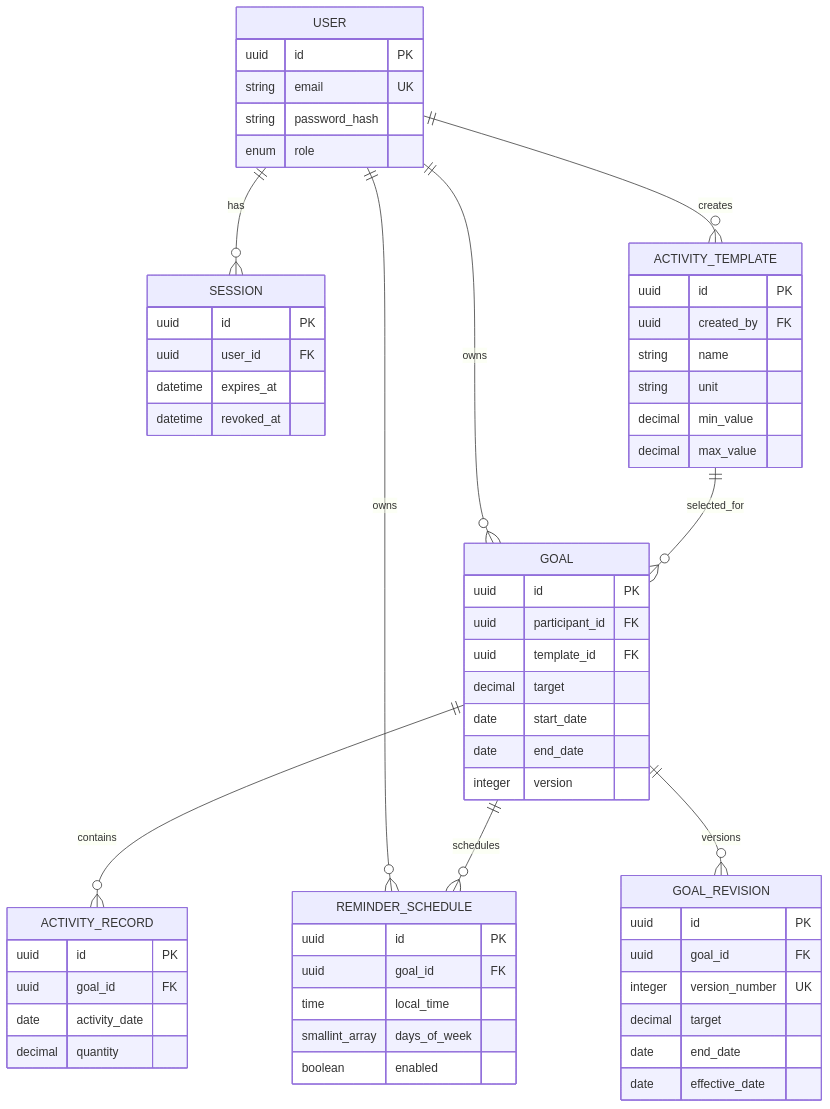
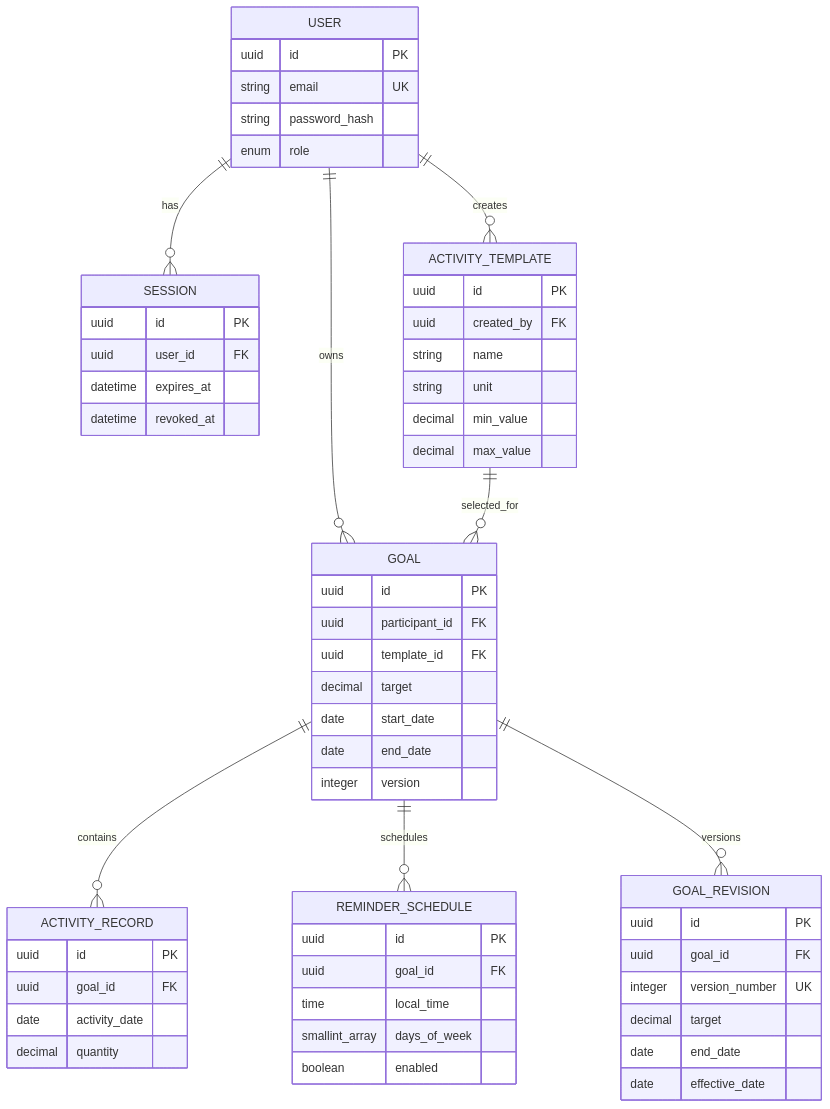
Before and after one commit to habit-activity-tracker/habit-activity-tracker: the diagram in docs/system-sds.md, drawn with Mermaid. The commit also changed other lines of this file, not shown here.

Commit message:
docs: correct SDS reminder ownership and goal route

````diff
--- a/docs/system-sds.md
+++ b/docs/system-sds.md
@@ -23,62 +23,61 @@
 ```mermaid
 erDiagram
     USER ||--o{ SESSION : has
     USER ||--o{ ACTIVITY_TEMPLATE : creates
     USER ||--o{ GOAL : owns
     ACTIVITY_TEMPLATE ||--o{ GOAL : selected_for
     GOAL ||--o{ ACTIVITY_RECORD : contains
-    USER ||--o{ REMINDER_SCHEDULE : owns
     GOAL ||--o{ REMINDER_SCHEDULE : schedules
     GOAL ||--o{ GOAL_REVISION : versions
 
     USER {
       uuid id PK
       string email UK
       string password_hash
       enum role
     }
     SESSION {
       uuid id PK
       uuid user_id FK
       datetime expires_at
       datetime revoked_at
     }
     ACTIVITY_TEMPLATE {
       uuid id PK
       uuid created_by FK
       string name
       string unit
       decimal min_value
       decimal max_value
     }
     GOAL {
       uuid id PK
       uuid participant_id FK
       uuid template_id FK
       decimal target
       date start_date
       date end_date
       integer version
     }
     GOAL_REVISION {
       uuid id PK
       uuid goal_id FK
       integer version_number UK
       decimal target
       date end_date
       date effective_date
     }
     ACTIVITY_RECORD {
       uuid id PK
       uuid goal_id FK
       date activity_date
       decimal quantity
     }
     REMINDER_SCHEDULE {
       uuid id PK
       uuid goal_id FK
       time local_time
       smallint_array days_of_week
       boolean enabled
     }
 ```
````
